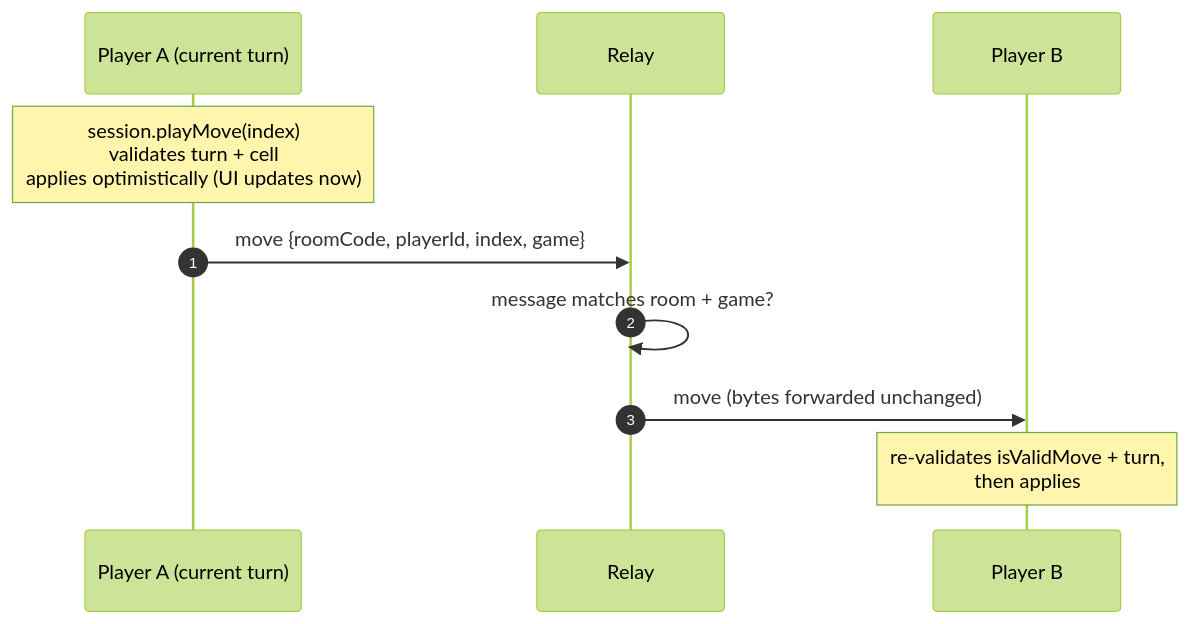
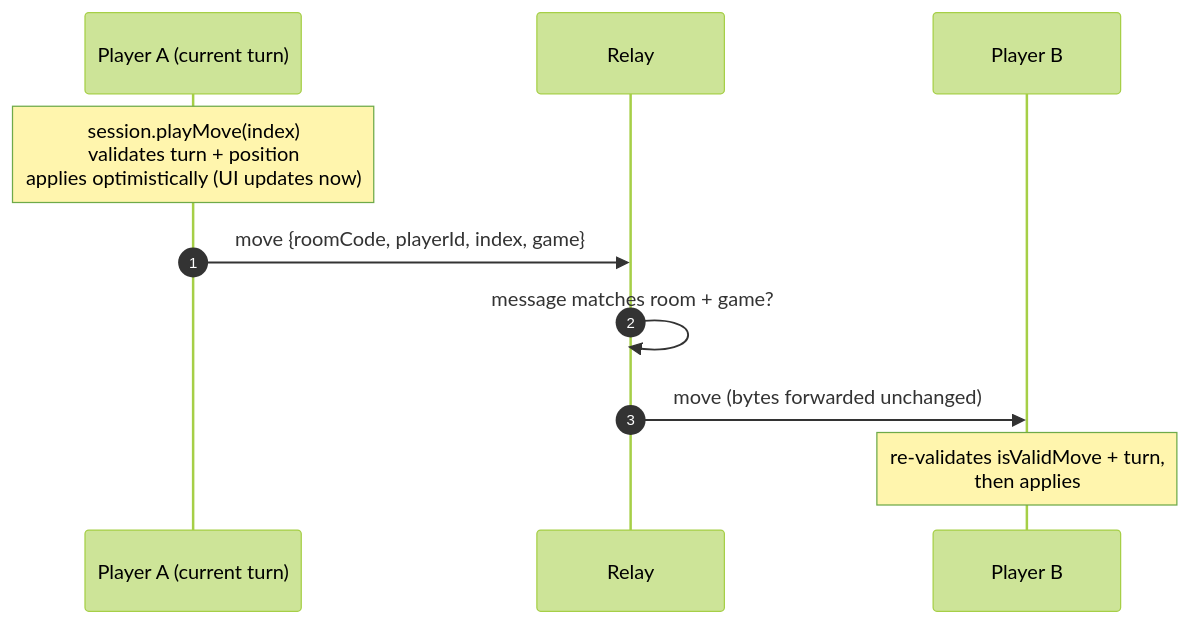
One commit to nahyan0077/arcade-hub changed the fifth of 7 diagrams in docs/ARCHITECTURE.md. Above: the diagram before and after it, drawn with Mermaid (forest theme). The commit also changed other lines of this file and 1 other file, not shown here.

Commit message:
docs: connect-four in readme and architecture

````diff
--- a/docs/ARCHITECTURE.md
+++ b/docs/ARCHITECTURE.md
@@ -155,13 +155,13 @@
 ```mermaid
 sequenceDiagram
     autonumber
     participant A as Player A (current turn)
     participant R as Relay
     participant B as Player B
 
-    Note over A: session.playMove(index)<br/>validates turn + cell<br/>applies optimistically (UI updates now)
+    Note over A: session.playMove(index)<br/>validates turn + position<br/>applies optimistically (UI updates now)
     A->>R: move {roomCode, playerId, index, game}
     R->>R: message matches room + game?
     R->>B: move (bytes forwarded unchanged)
     Note over B: re-validates isValidMove + turn,<br/>then applies
 ```
````
